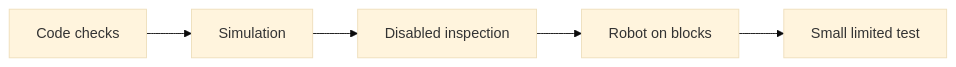
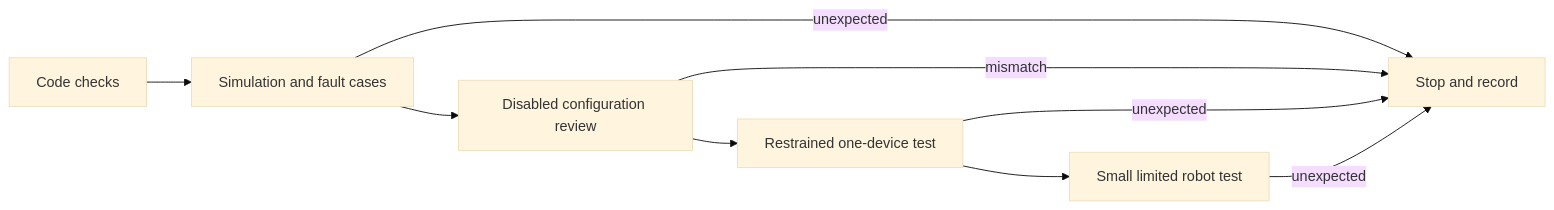
The diagram in content/learning/ftc-starter/04-physical-commissioning.md (ARES-23247/ARESWEB), drawn with Mermaid (base theme) before and after one commit. The commit also changed other lines of this file and 7 other files, not shown here.

````diff
--- a/content/learning/ftc-starter/04-physical-commissioning.md
+++ b/content/learning/ftc-starter/04-physical-commissioning.md
@@ -11,8 +46,12 @@
 ```mermaid
-%% aria: Students move from a code check to simulation, a disabled inspection, a restrained test, and finally a carefully limited robot test.
+%% aria: Commissioning moves from code checks to simulation, disabled configuration review, a restrained single-device test, and a small limited robot test. Any unexpected result returns to the last good evidence boundary.
 flowchart LR
-  A["Code checks"] --> B["Simulation"]
-  B --> C["Disabled inspection"]
-  C --> D["Robot on blocks"]
-  D --> E["Small limited test"]
+  A["Code checks"] --> B["Simulation and fault cases"]
+  B --> C["Disabled configuration review"]
+  C --> D["Restrained one-device test"]
+  D --> E["Small limited robot test"]
+  B -->|"unexpected"| S["Stop and record"]
+  C -->|"mismatch"| S
+  D -->|"unexpected"| S
+  E -->|"unexpected"| S
 ```
````
